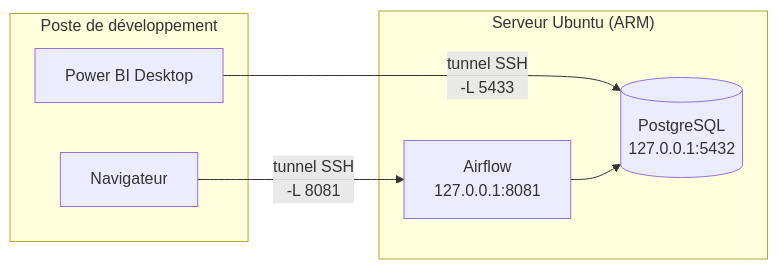
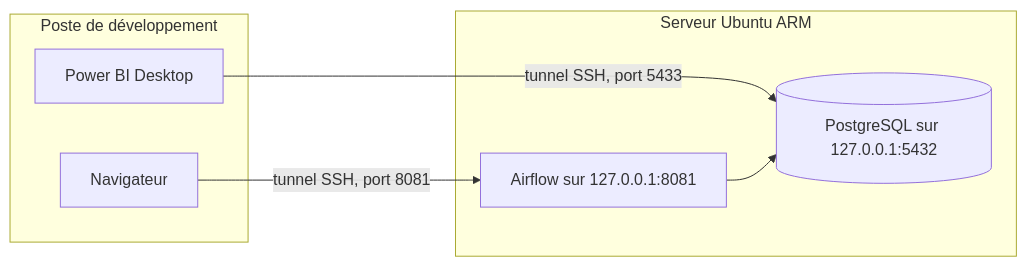
One commit to GuyMartial24/bio-operators-etl-pipeline changed the second of 2 diagrams in README.md. Above: the diagram before and after it, drawn with Mermaid. The commit also changed other lines of this file, not shown here.

First line of the commit message:
README : schémas Mermaid simplifiés pour le rendu GitHub

````diff
--- a/README.md
+++ b/README.md
@@ -138,14 +137,14 @@
 ```mermaid
 flowchart LR
-    subgraph PC["Poste de développement"]
-        N["Navigateur"]
-        P["Power BI Desktop"]
+    subgraph poste [Poste de développement]
+        navigateur["Navigateur"]
+        pbi["Power BI Desktop"]
     end
-    subgraph VPS["Serveur Ubuntu (ARM)"]
-        AF["Airflow<br/>127.0.0.1:8081"]
-        DB[("PostgreSQL<br/>127.0.0.1:5432")]
+    subgraph serveur [Serveur Ubuntu ARM]
+        airflow["Airflow sur 127.0.0.1:8081"]
+        postgres[("PostgreSQL sur 127.0.0.1:5432")]
     end
-    N -- "tunnel SSH<br/>-L 8081" --> AF
-    P -- "tunnel SSH<br/>-L 5433" --> DB
-    AF --> DB
+    navigateur -->|tunnel SSH, port 8081| airflow
+    pbi -->|tunnel SSH, port 5433| postgres
+    airflow --> postgres
 ```
````
